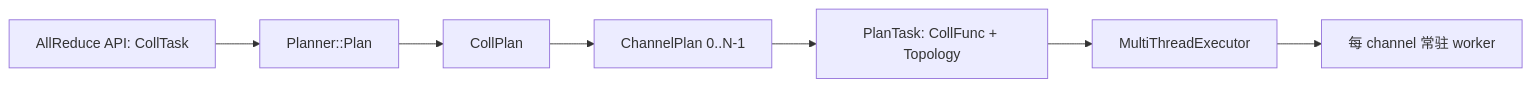
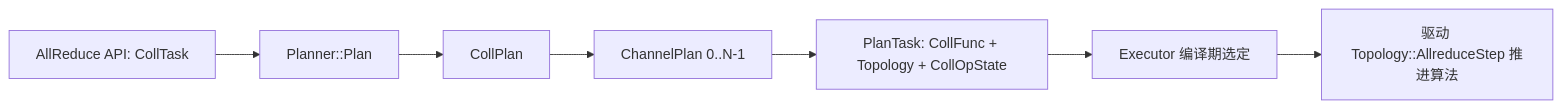
One commit to qichen1336/OriginCCL changed the diagram in .github/skills/originccl-project/SKILL.md. Above: the diagram before and after it, drawn with Mermaid. The commit also changed other lines of this file and 6 other files, not shown here.

````diff
--- a/.github/skills/originccl-project/SKILL.md
+++ b/.github/skills/originccl-project/SKILL.md
@@ -24,9 +24,9 @@
 ```mermaid
 flowchart LR
     A[AllReduce API: CollTask] --> B[Planner::Plan]
     B --> C[CollPlan]
     C --> D[ChannelPlan 0..N-1]
-    D --> E[PlanTask: CollFunc + Topology]
-    E --> F[MultiThreadExecutor]
-    F --> G[每 channel 常驻 worker]
+    D --> E[PlanTask: CollFunc + Topology + CollOpState]
+    E --> F[Executor 编译期选定]
+    F --> G[驱动 Topology::AllreduceStep 推进算法]
 ```
````
